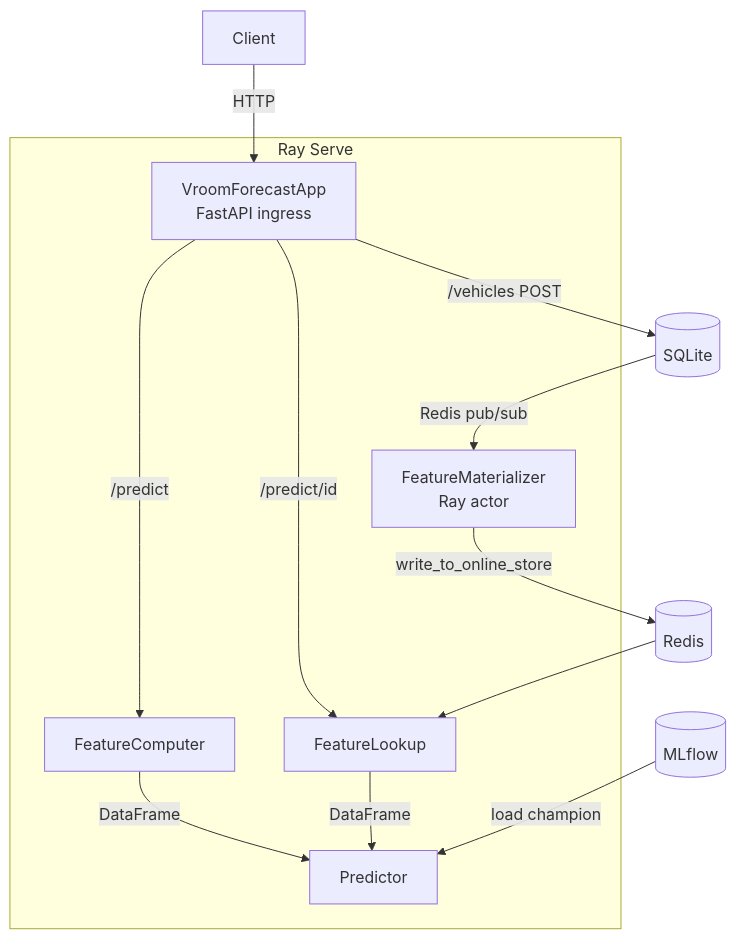
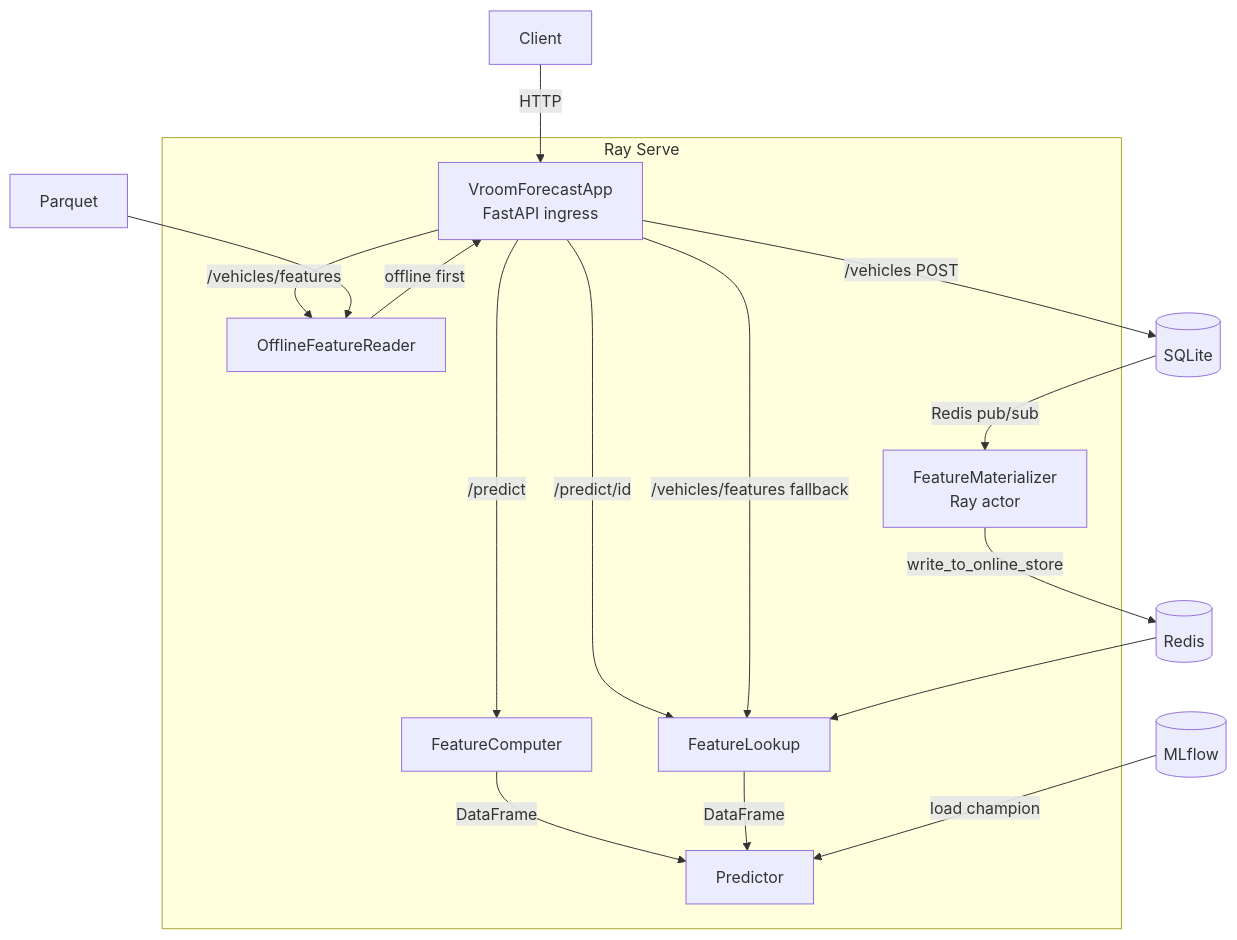
Before and after one commit to pierreWagou/vroom-forecast: the diagram in serving/README.md, drawn with Mermaid. The commit also changed other lines of this file and 82 other files, not shown here.

````diff
--- a/serving/README.md
+++ b/serving/README.md
@@ -9,18 +9,22 @@
 ```mermaid
 graph TB
     subgraph Ray Serve
         ING[VroomForecastApp<br/>FastAPI ingress]
         FC[FeatureComputer]
         FL[FeatureLookup]
+        OFR[OfflineFeatureReader]
         PRED[Predictor]
         MAT[FeatureMaterializer<br/>Ray actor]
     end
 
     Client -->|HTTP| ING
     ING -->|/predict| FC -->|DataFrame| PRED
     ING -->|/predict/id| FL -->|DataFrame| PRED
+    ING -->|/vehicles/features| OFR -->|offline first| ING
+    ING -->|/vehicles/features fallback| FL
     ING -->|/vehicles POST| DB[(SQLite)]
     DB -->|Redis pub/sub| MAT -->|write_to_online_store| Redis[(Redis)]
+    PQ[Parquet] --> OFR
     Redis --> FL
     MLflow[(MLflow)] -->|load champion| PRED
 ```
````
